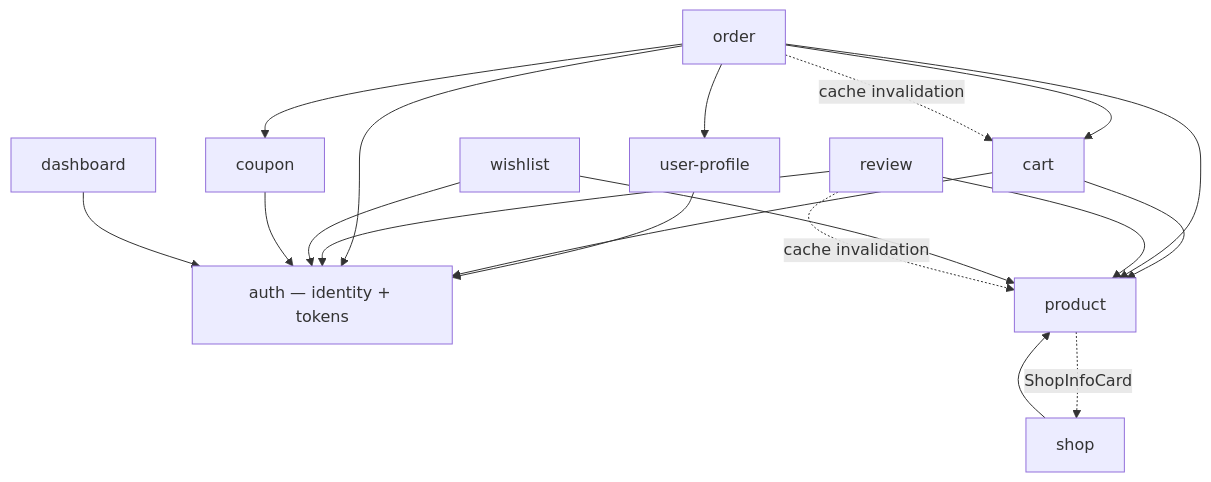
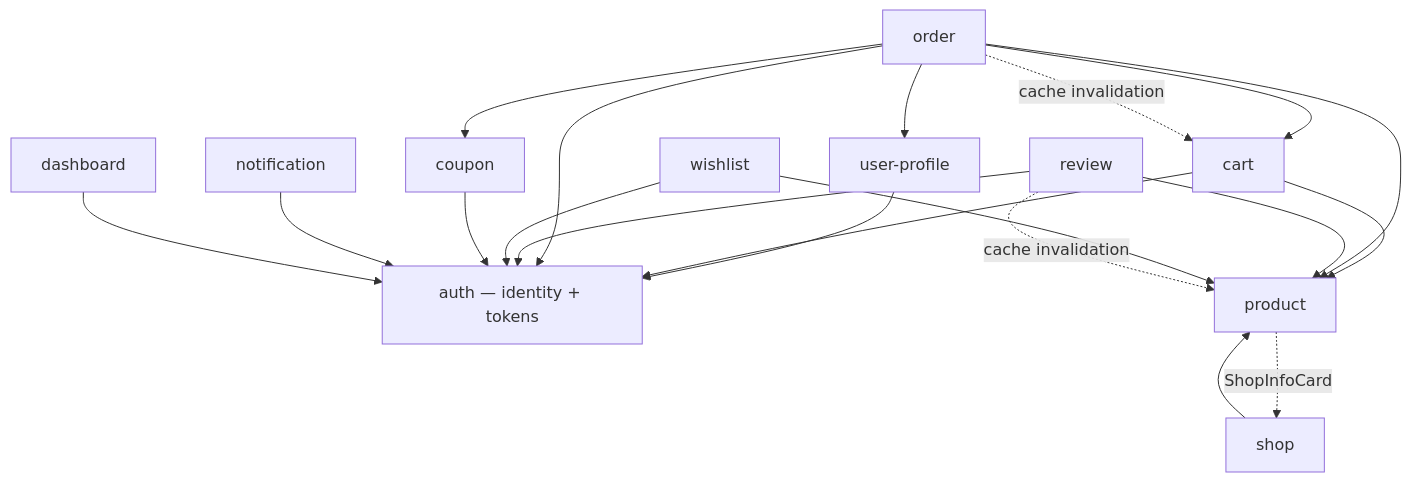
One commit to Hy-Khang/E-commerce-shop-Amazon- changed the second of 2 diagrams in frontend-react/docs/FE-ARCHITECTURE.md. Above: the diagram before and after it, drawn with Mermaid. The commit also changed other lines of this file and 8 other files, not shown here.

````diff
--- a/frontend-react/docs/FE-ARCHITECTURE.md
+++ b/frontend-react/docs/FE-ARCHITECTURE.md
@@ -195,25 +197,26 @@
 ```mermaid
 graph TD
     Auth["auth — identity + tokens"]
     UP["user-profile"] --> Auth
     Product["product"]
     Shop["shop"] --> Product
     Cart["cart"] --> Auth
     Cart --> Product
     Order["order"] --> Auth
     Order --> Cart
     Order --> UP
     Order --> Product
     Review["review"] --> Auth
     Review --> Product
     Wishlist["wishlist"] --> Auth
     Wishlist --> Product
     Coupon["coupon"] --> Auth
     Order --> Coupon
 
+    Notification["notification"] --> Auth
     Dashboard["dashboard"] --> Auth
 
     Product -.->|ShopInfoCard| Shop
     Order -.->|cache invalidation| Cart
     Review -.->|cache invalidation| Product
 ```
````
